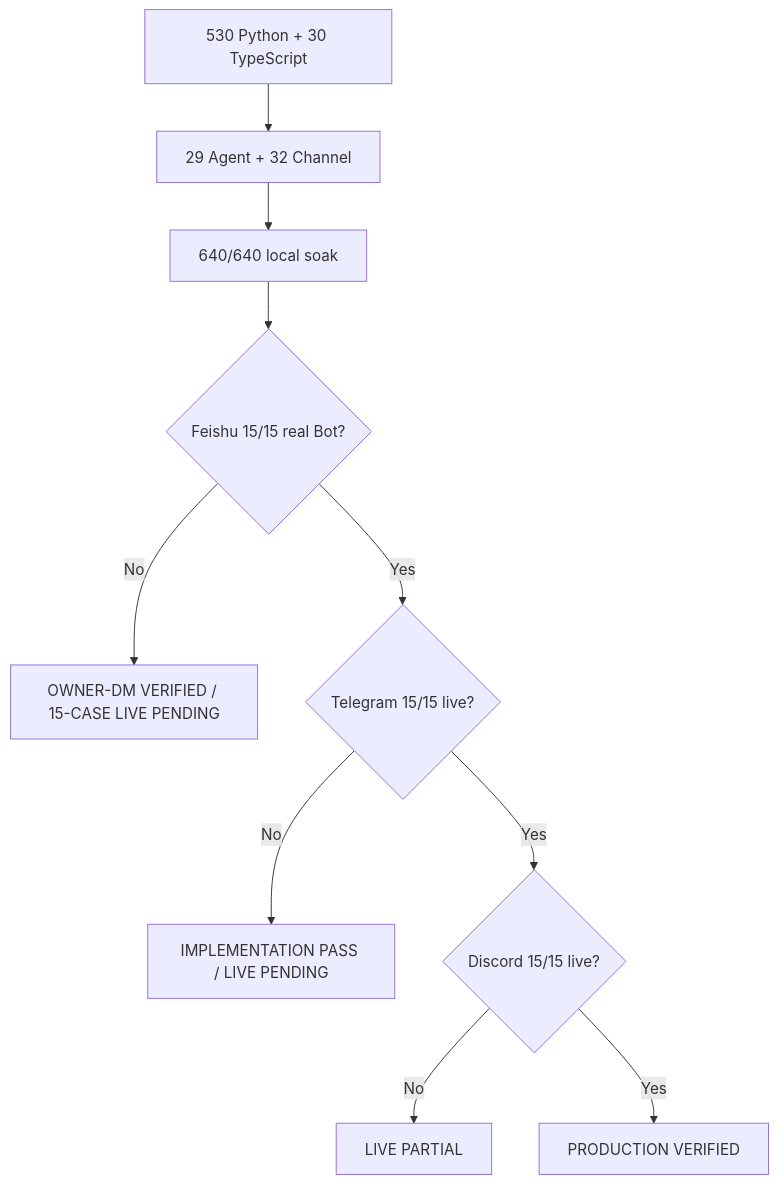
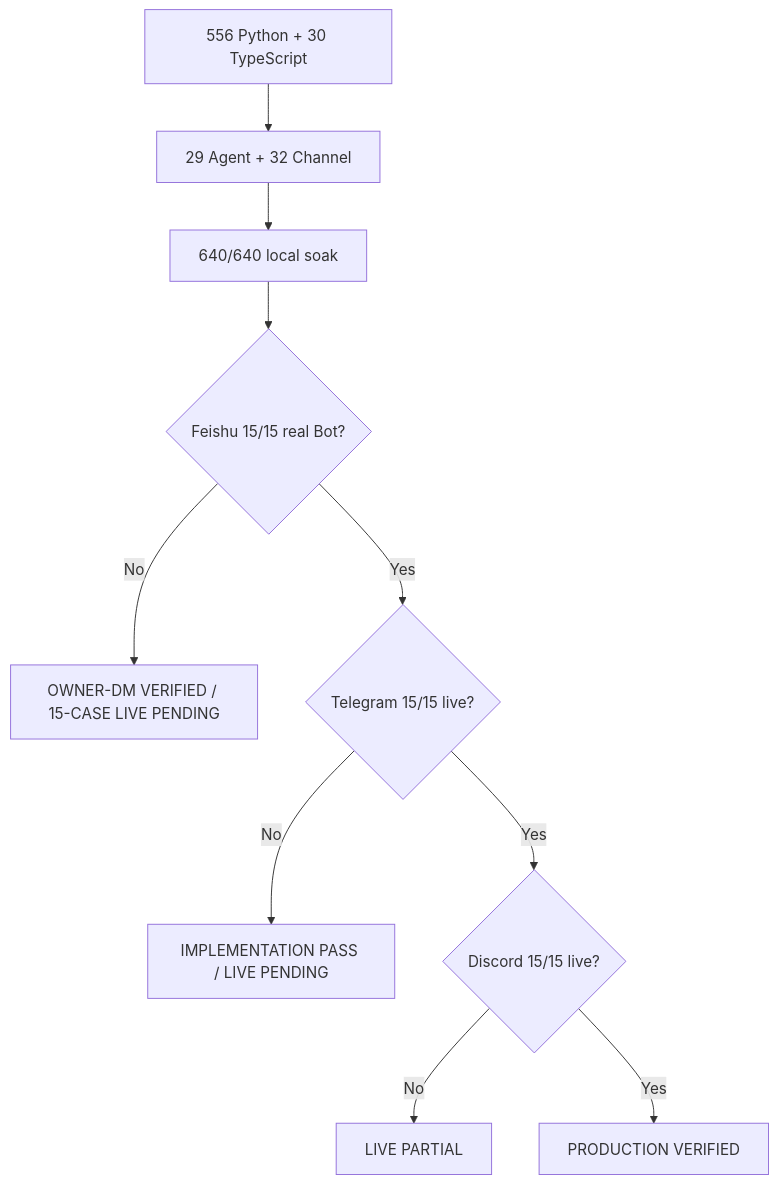
The second of 2 diagrams in docs/engineering/phase-5/testing-and-live-acceptance.md (NEDONION/lobster0), drawn with Mermaid before and after one commit. The commit also changed other lines of this file and 31 other files, not shown here.

````diff
--- a/docs/engineering/phase-5/testing-and-live-acceptance.md
+++ b/docs/engineering/phase-5/testing-and-live-acceptance.md
@@ -239,12 +254,12 @@
 ```mermaid
 flowchart TD
-    A["530 Python + 30 TypeScript"] --> B["29 Agent + 32 Channel"]
+    A["556 Python + 30 TypeScript"] --> B["29 Agent + 32 Channel"]
     B --> C["640/640 local soak"]
     C --> F{"Feishu 15/15 real Bot?"}
     F -->|"No"| R["OWNER-DM VERIFIED / 15-CASE LIVE PENDING"]
     F -->|"Yes"| D{"Telegram 15/15 live?"}
     D -->|"No"| P["IMPLEMENTATION PASS / LIVE PENDING"]
     D -->|"Yes"| E{"Discord 15/15 live?"}
     E -->|"No"| L["LIVE PARTIAL"]
     E -->|"Yes"| V["PRODUCTION VERIFIED"]
 ```
````
